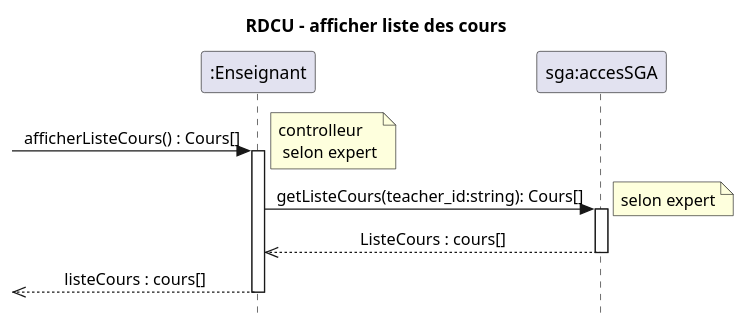
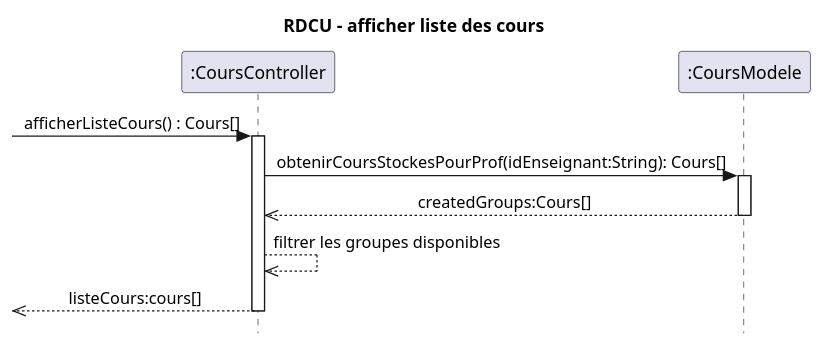
One commit to xMrYahya/moodle-clone changed the diagram in docs/modeles/cu01/rdcu-afficherListeCours.puml. Above: the diagram before and after it, drawn with PlantUML. The commit also changed 24 other files, not shown here.

```diff
--- a/docs/modeles/cu01/rdcu-afficherListeCours.puml
+++ b/docs/modeles/cu01/rdcu-afficherListeCours.puml
@@ -1,21 +1,18 @@
 @startuml
 title RDCU - afficher liste des cours
 skinparam Style strictuml
 skinparam sequenceMessageAlign center
 
-participant ":Enseignant"  as enseignant
-participant "sga:accesSGA" as sga
+participant ":CoursController" as coursController
+participant ":CoursModele" as coursModele
 
- -> enseignant : afficherListeCours() : Cours[]
-note right: controlleur \n selon expert
-activate enseignant
-enseignant -> sga : getListeCours(teacher_id:string): Cours[]
-note right: selon expert
-activate sga
-sga -->> enseignant : ListeCours : cours[]
-
-deactivate sga
- <<-- enseignant : listeCours : cours[] 
-
-deactivate enseignant
+-> coursController : afficherListeCours() : Cours[]
+activate coursController
+coursController -> coursModele : obtenirCoursStockesPourProf(idEnseignant:String): Cours[]
+activate coursModele
+coursModele -->> coursController : createdGroups:Cours[]
+deactivate coursModele
+coursController -->> coursController : filtrer les groupes disponibles
+<<-- coursController : listeCours:cours[]
+deactivate coursController
 @enduml
```
